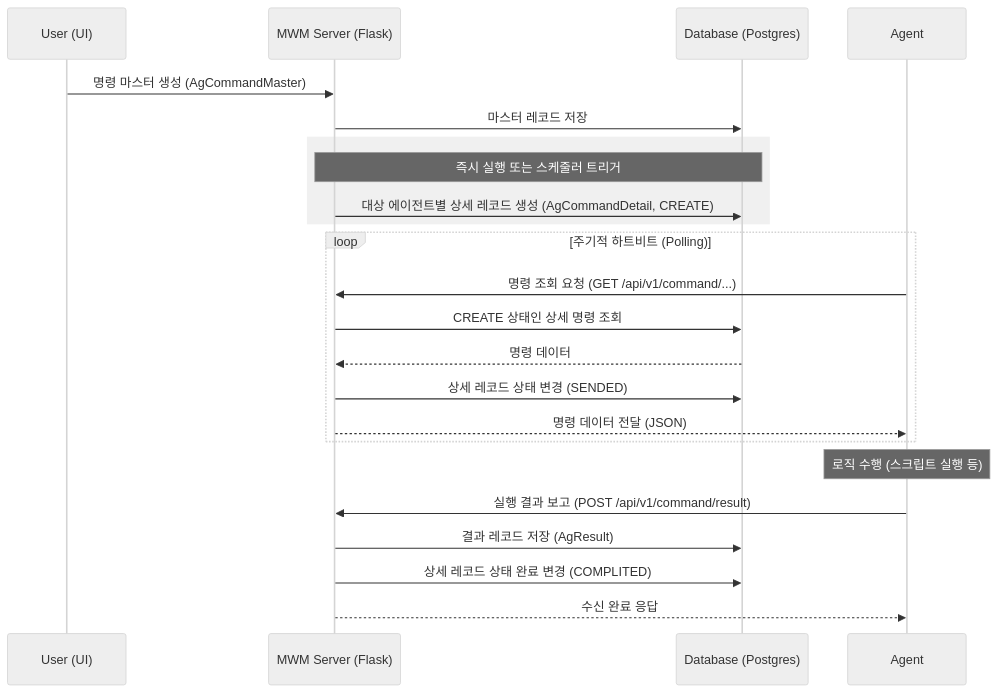
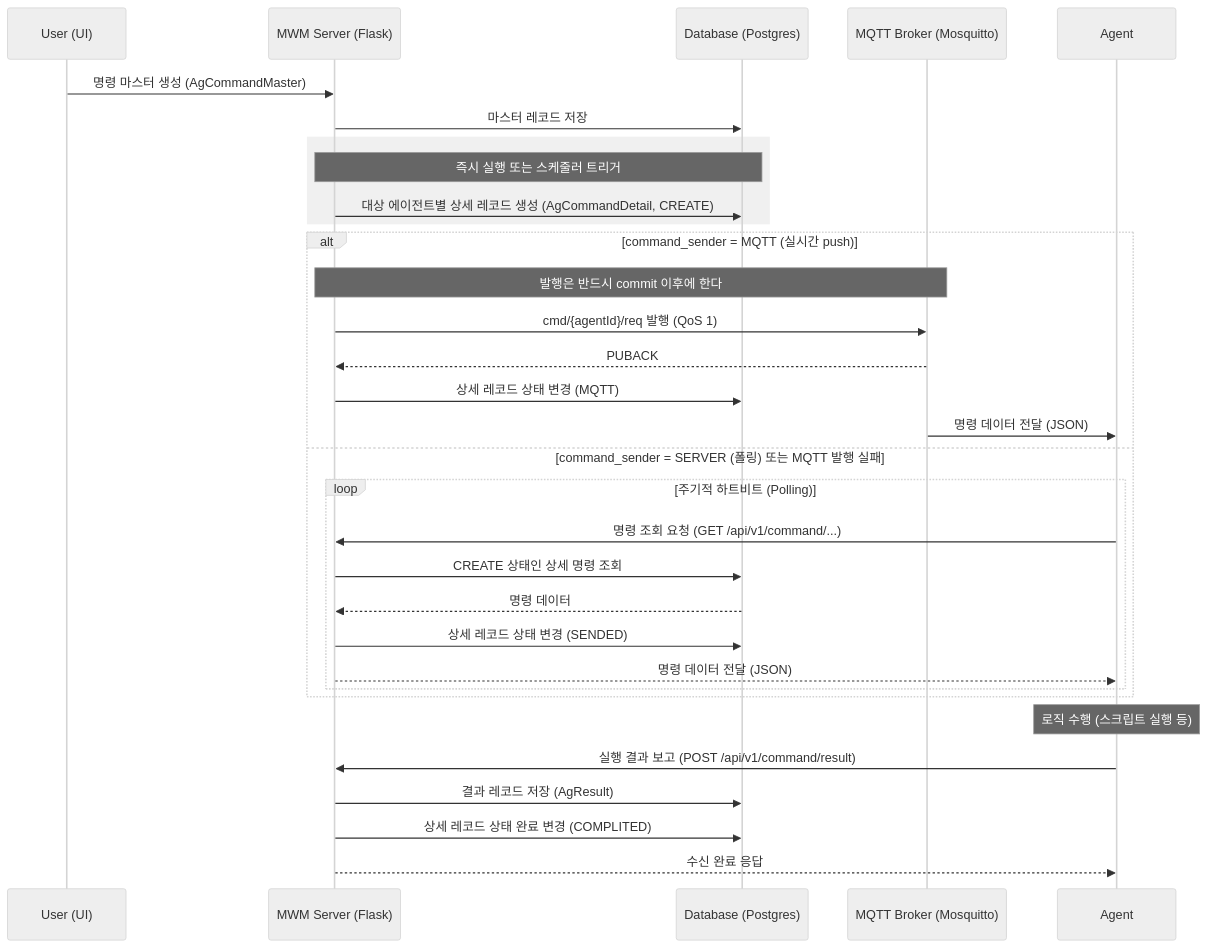
Before and after one commit to tanminkwan/kdb_mw: the diagram in docs/agent_command_system.md, drawn with Mermaid (neutral theme). The commit also changed other lines of this file and 16 other files, not shown here.

First line of the commit message:
feat: Add MQTT real-time command dispatch

````diff
--- a/docs/agent_command_system.md
+++ b/docs/agent_command_system.md
@@ -58,30 +71,39 @@
 ```mermaid
 sequenceDiagram
     participant U as User (UI)
     participant S as MWM Server (Flask)
     participant DB as Database (Postgres)
+    participant B as MQTT Broker (Mosquitto)
     participant A as Agent
 
     U->>S: 명령 마스터 생성 (AgCommandMaster)
     S->>DB: 마스터 레코드 저장
     
     rect rgb(240, 240, 240)
     Note over S,DB: 즉시 실행 또는 스케줄러 트리거
     S->>DB: 대상 에이전트별 상세 레코드 생성 (AgCommandDetail, CREATE)
     end
 
-    loop 주기적 하트비트 (Polling)
-        A->>S: 명령 조회 요청 (GET /api/v1/command/...)
-        S->>DB: CREATE 상태인 상세 명령 조회
-        DB-->>S: 명령 데이터
-        S->>DB: 상세 레코드 상태 변경 (SENDED)
-        S-->>A: 명령 데이터 전달 (JSON)
+    alt command_sender = MQTT (실시간 push)
+        Note over S,B: 발행은 반드시 commit 이후에 한다
+        S->>B: cmd/{agentId}/req 발행 (QoS 1)
+        B-->>S: PUBACK
+        S->>DB: 상세 레코드 상태 변경 (MQTT)
+        B->>A: 명령 데이터 전달 (JSON)
+    else command_sender = SERVER (폴링) 또는 MQTT 발행 실패
+        loop 주기적 하트비트 (Polling)
+            A->>S: 명령 조회 요청 (GET /api/v1/command/...)
+            S->>DB: CREATE 상태인 상세 명령 조회
+            DB-->>S: 명령 데이터
+            S->>DB: 상세 레코드 상태 변경 (SENDED)
+            S-->>A: 명령 데이터 전달 (JSON)
+        end
     end
 
     Note over A: 로직 수행 (스크립트 실행 등)
 
     A->>S: 실행 결과 보고 (POST /api/v1/command/result)
     S->>DB: 결과 레코드 저장 (AgResult)
     S->>DB: 상세 레코드 상태 완료 변경 (COMPLITED)
     S-->>A: 수신 완료 응답
 ```
````
